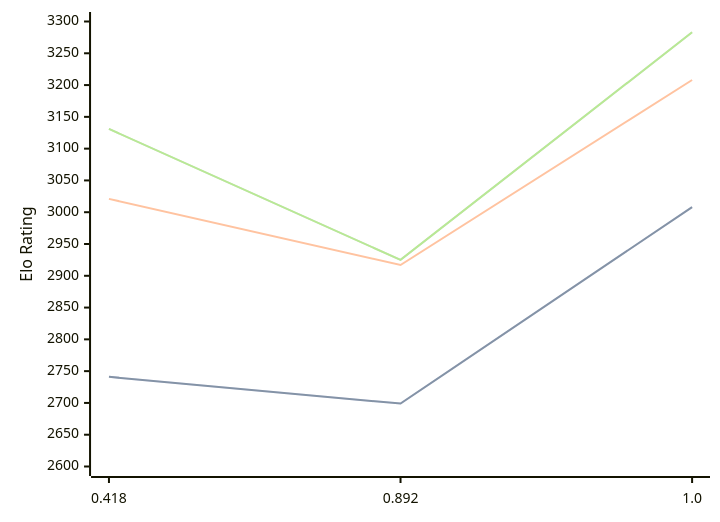
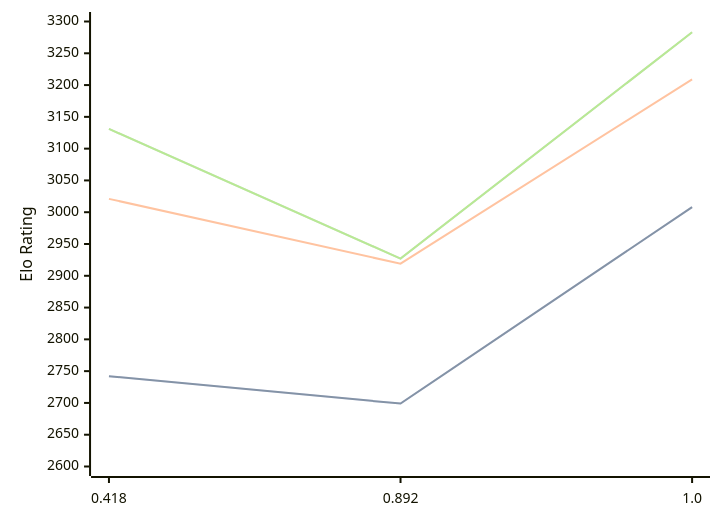
Before and after one commit to computer-chess-index/cci: the diagram in engines/Malika.md, drawn with Mermaid. The commit also changed other lines of this file, not shown here.

Commit message:
Update CCI Ratings (ELO VLTC) - 2026-04-12

````diff
--- a/engines/Malika.md
+++ b/engines/Malika.md
@@ -33,11 +33,11 @@
 ```mermaid
 %%{init: {"theme":"base","themeVariables":{"seriesColors:['#a3a3a3','#222221','#faa371']}}}%%
 xychart-beta
   x-axis ["0.418", "0.892", "1.0"]
   y-axis "Elo Rating" 2600 --> 3300
-  line "STC (8.0+0.08s)" [2741, 2699, 3008]
-  line "STC (8.0+0.08s)" [2741, 2699, 3008]
-  line "LTC (60.0+0.60s)" [3021, 2917, 3208]
-  line "VLTC (2m24s+1.12s)" [3131, 2925, 3283]
-  line "VLTC (2m24s+1.12s)" [3131, 2925, 3283]
+  line "STC (8.0+0.08s)" [2742, 2699, 3008]
+  line "STC (8.0+0.08s)" [2742, 2699, 3008]
+  line "LTC (60.0+0.60s)" [3021, 2919, 3209]
+  line "VLTC (2m24s+1.12s)" [3131, 2927, 3283]
+  line "VLTC (2m24s+1.12s)" [3131, 2927, 3283]
 ```
````
